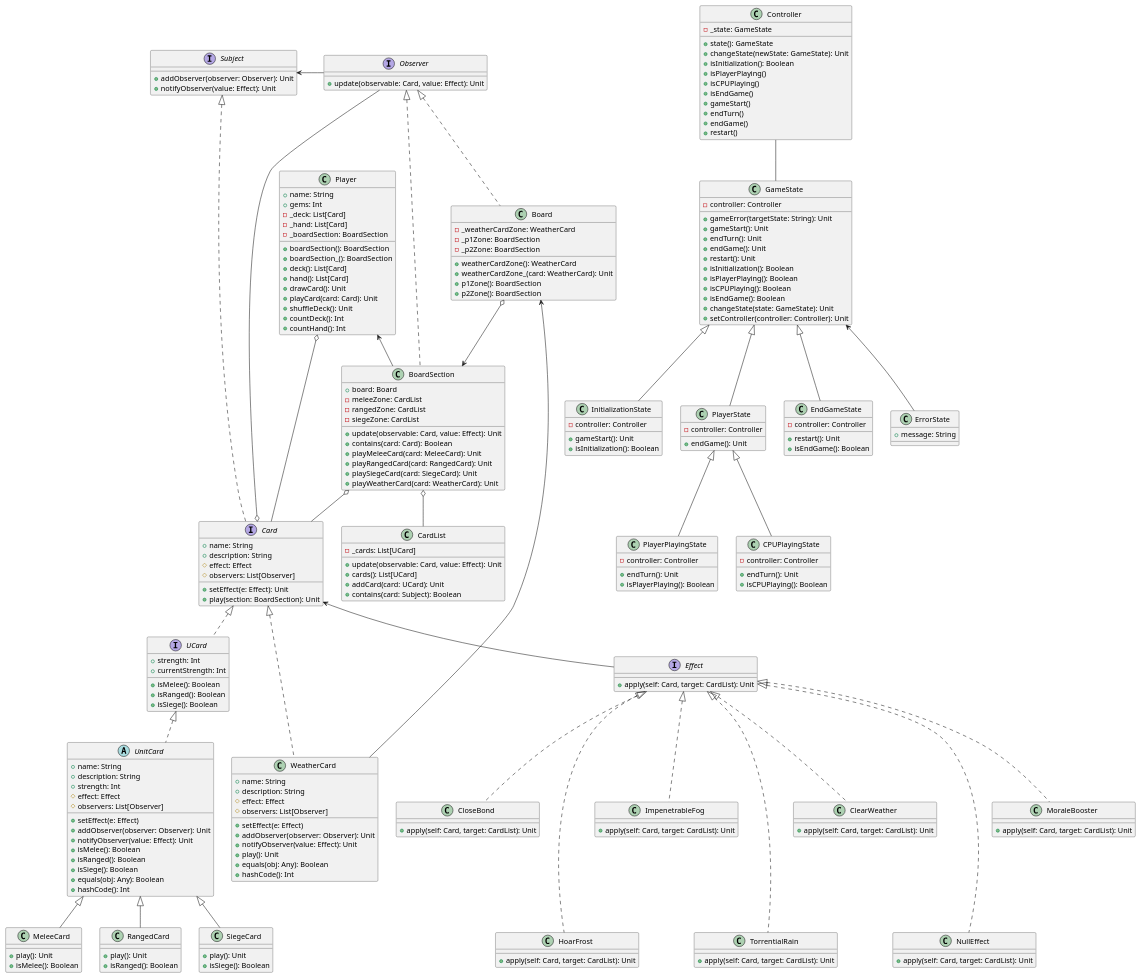
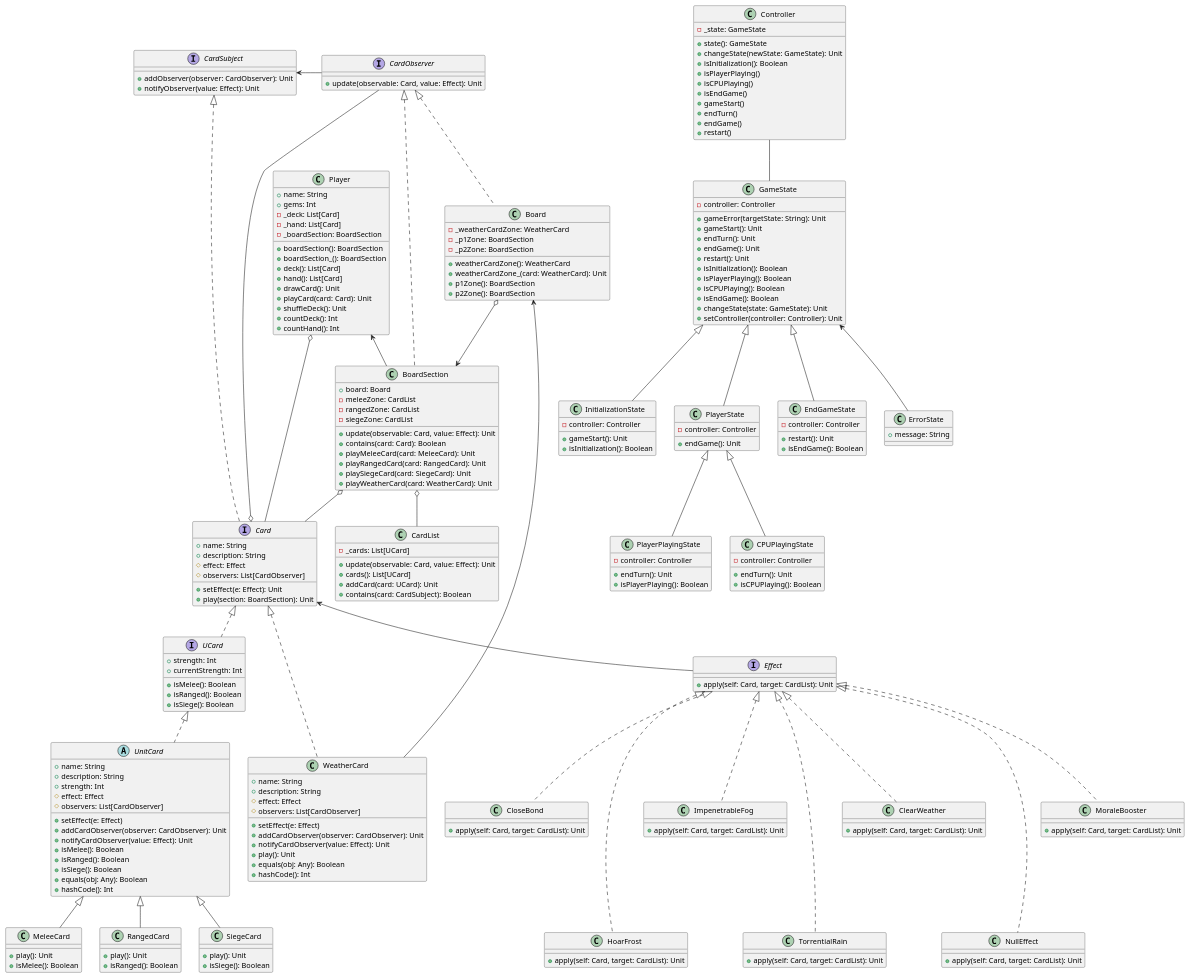
One commit to JuanCidL/gwen-t-JuanCidL changed the diagram in src/UML.puml. Above: the diagram before and after it, drawn with PlantUML. The commit also changed 91 other files, not shown here.

Commit message:
Observer and Subject classes fixed to be generic, and used by controller and player to notify when a player has been defeated

```diff
--- a/src/UML.puml
+++ b/src/UML.puml
@@ -17,12 +17,12 @@
     +countHand(): Int
 }
 
-interface Subject{
-    +addObserver(observer: Observer): Unit
+interface CardSubject{
+    +addObserver(observer: CardObserver): Unit
     +notifyObserver(value: Effect): Unit
 }
 
-interface Observer{
+interface CardObserver{
     +update(observable: Card, value: Effect): Unit
 }
 
@@ -30,7 +30,7 @@
     +name: String
     +description: String
     #effect: Effect
-    #observers: List[Observer]
+    #observers: List[CardObserver]
     +setEffect(e: Effect): Unit
     +play(section: BoardSection): Unit
 }
@@ -48,10 +48,10 @@
     +description: String
     +strength: Int
     #effect: Effect
-    #observers: List[Observer]
+    #observers: List[CardObserver]
     +setEffect(e: Effect)
-    +addObserver(observer: Observer): Unit
-    +notifyObserver(value: Effect): Unit
+    +addCardObserver(observer: CardObserver): Unit
+    +notifyCardObserver(value: Effect): Unit
     +isMelee(): Boolean
     +isRanged(): Boolean
     +isSiege(): Boolean
@@ -74,10 +74,10 @@
     +name: String
     +description: String
     #effect: Effect
-    #observers: List[Observer]
+    #observers: List[CardObserver]
     +setEffect(e: Effect)
-    +addObserver(observer: Observer): Unit
-    +notifyObserver(value: Effect): Unit
+    +addCardObserver(observer: CardObserver): Unit
+    +notifyCardObserver(value: Effect): Unit
     +play(): Unit
     +equals(obj: Any): Boolean
     +hashCode(): Int
@@ -110,7 +110,7 @@
     +update(observable: Card, value: Effect): Unit
     +cards(): List[UCard]
     +addCard(card: UCard): Unit
-    +contains(card: Subject): Boolean
+    +contains(card: CardSubject): Boolean
 }
 
 class Controller{
@@ -213,7 +213,7 @@
 /' End '/
 
 /' Cards relations '/
-Subject <|..Card
+CardSubject <|..Card
 Card <|.. UCard
 UCard <|.. UnitCard
 Card <|... WeatherCard
@@ -233,21 +233,21 @@
 /' End '/
 
 /' Start observer relation UML '/
-Subject <- Observer
-Card o-- Observer
+CardSubject <- CardObserver
+Card o-- CardObserver
 
-Observer <|.. Board
+CardObserver <|.. Board
 Board o--> BoardSection
 Board <-- WeatherCard
 
-Observer <|.. BoardSection
+CardObserver <|.. BoardSection
 BoardSection o-- Card
 BoardSection o-- CardList
 /' End '/
 
 /' Effects '/
-/'Observer <-- Effect
-Subject <-- Effect'/
+/'CardObserver <-- Effect
+CardSubject <-- Effect'/
 Card <-- Effect
 Effect <|... NullEffect
 Effect <|.. MoraleBooster
```
